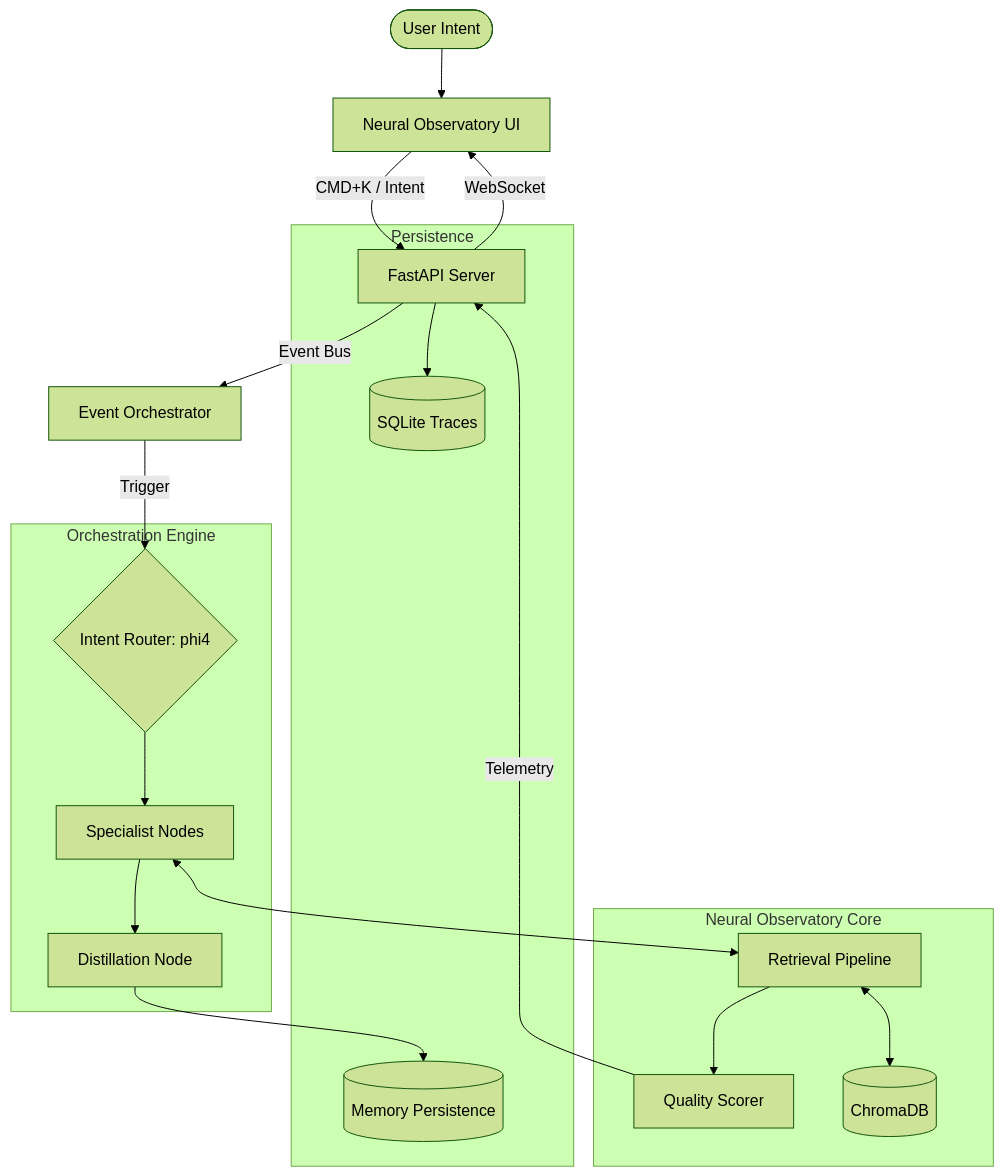
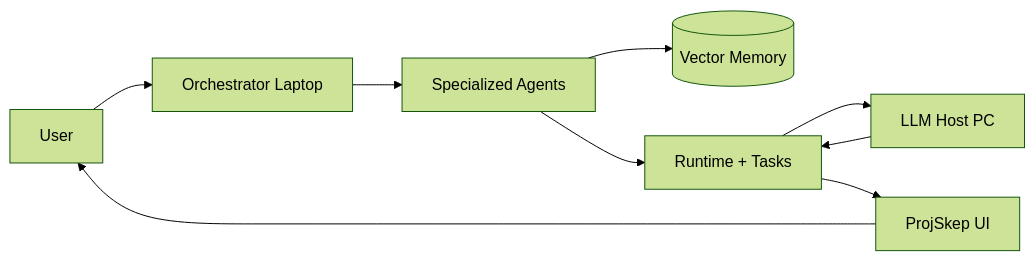
One commit to swappy-ops/baton changed the first of 3 diagrams in README.md. Above: the diagram before and after it, drawn with Mermaid (forest theme). The commit also changed other lines of this file, not shown here.

````diff
--- a/README.md
+++ b/README.md
@@ -26,34 +23,20 @@
 ```mermaid
-graph TD
-    User([User Intent]) --> ControlSurface[Neural Observatory UI]
-    ControlSurface -- CMD+K / Intent --> API[FastAPI Server]
-    API -- Event Bus --> Orchestrator[Event Orchestrator]
-    
-    subgraph Execution_Layer [Orchestration Engine]
-        Router{Intent Router: phi4}
-        Specialist[Specialist Nodes]
-        Distillation[Distillation Node]
-        Router --> Specialist --> Distillation
-    end
-    
-    Orchestrator -- Trigger --> Router
-    
-    subgraph Retrieval_Gating [Neural Observatory Core]
-        Pipeline[Retrieval Pipeline]
-        Quality[Quality Scorer]
-        ChromaDB[(ChromaDB)]
-        Pipeline <--> ChromaDB
-        Pipeline --> Quality
-    end
-    
-    Specialist <--> Pipeline
-    Quality -- Telemetry --> API
-    API -- WebSocket --> ControlSurface
-    
-    subgraph Persistence
-        Memory[(Memory Persistence)]
-        Traces[(SQLite Traces)]
-        Distillation --> Memory
-        API --> Traces
-    end
+flowchart LR
+
+Human[User]
+Laptop[Orchestrator Laptop]
+Memory[(Vector Memory)]
+Agents[Specialized Agents]
+PC[LLM Host PC]
+UI[ProjSkep UI]
+Runtime[Runtime + Tasks]
+
+Human --> Laptop
+Laptop --> Agents
+Agents --> Memory
+Agents --> Runtime
+Runtime --> PC
+PC --> Runtime
+Runtime --> UI
+UI --> Human
 ```
````
